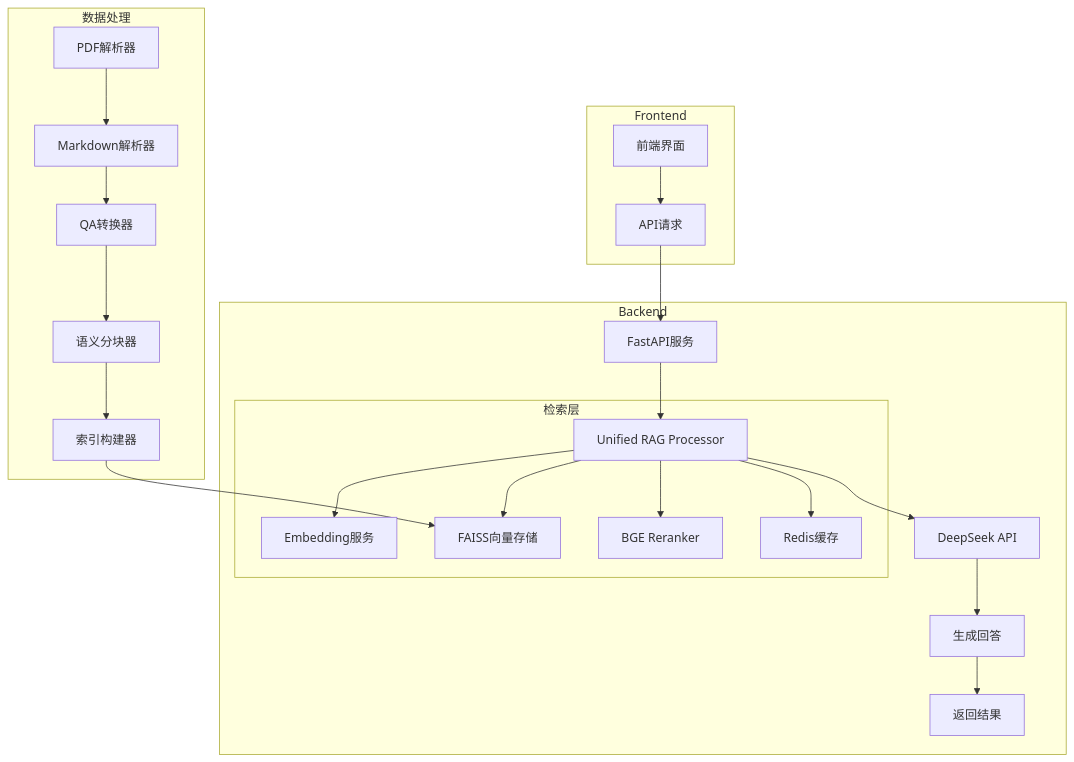
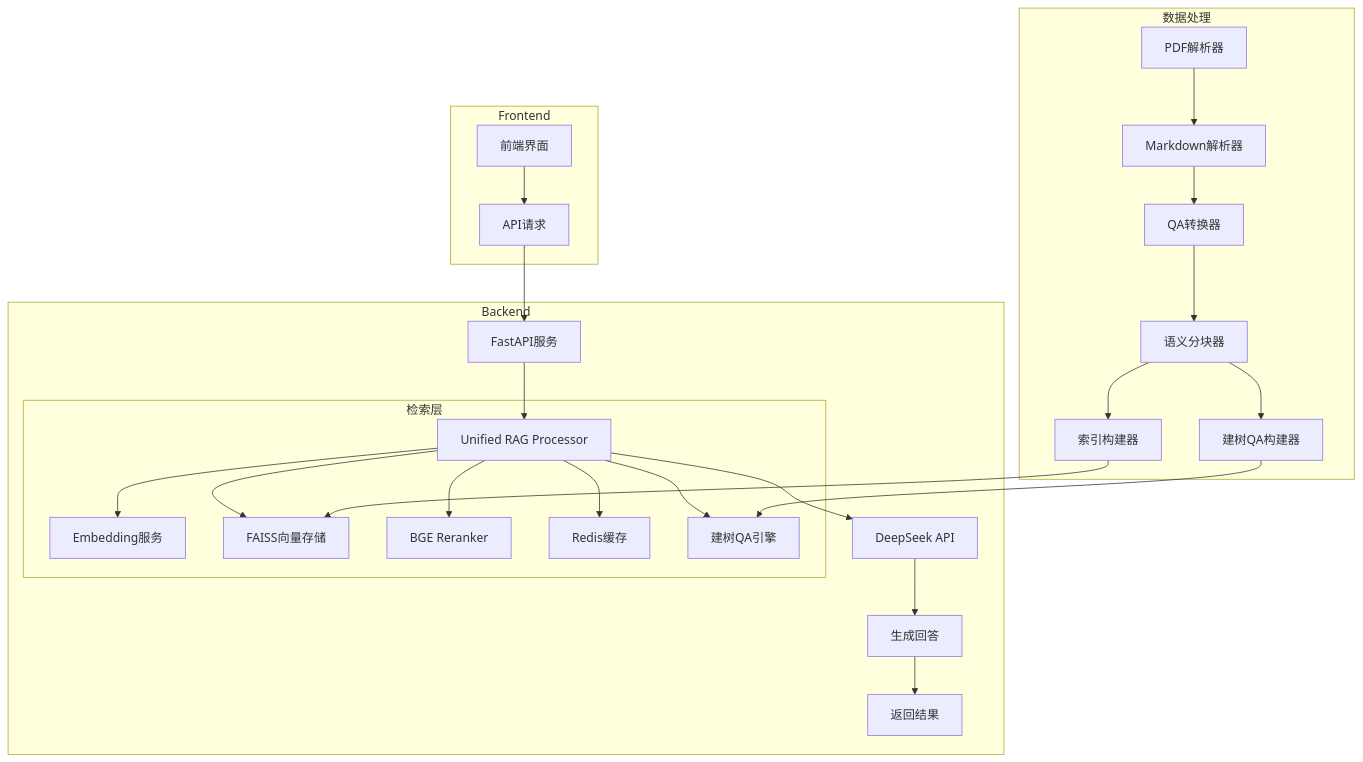
One commit to WangChenyang-Agent/RAGentX changed the diagram in README.md. Above: the diagram before and after it, drawn with Mermaid. The commit also changed other lines of this file, not shown here.

````diff
--- a/README.md
+++ b/README.md
@@ -49,30 +62,33 @@
 ```mermaid
 flowchart TD
     subgraph Frontend
         A[前端界面] --> B[API请求]
     end
     
     subgraph Backend
         B --> C[FastAPI服务]
         C --> D[Unified RAG Processor]
         
         subgraph 检索层
             D --> E[Embedding服务]
             D --> F[FAISS向量存储]
             D --> G[BGE Reranker]
             D --> H[Redis缓存]
+            D --> Q[建树QA引擎]
         end
         
         D --> I[DeepSeek API]
         I --> J[生成回答]
         J --> K[返回结果]
     end
     
     subgraph 数据处理
         L[PDF解析器] --> M[Markdown解析器]
         M --> N[QA转换器]
         N --> O[语义分块器]
+        O --> R[建树QA构建器]
+        R --> Q
         O --> P[索引构建器]
         P --> F
     end
 ```
````
